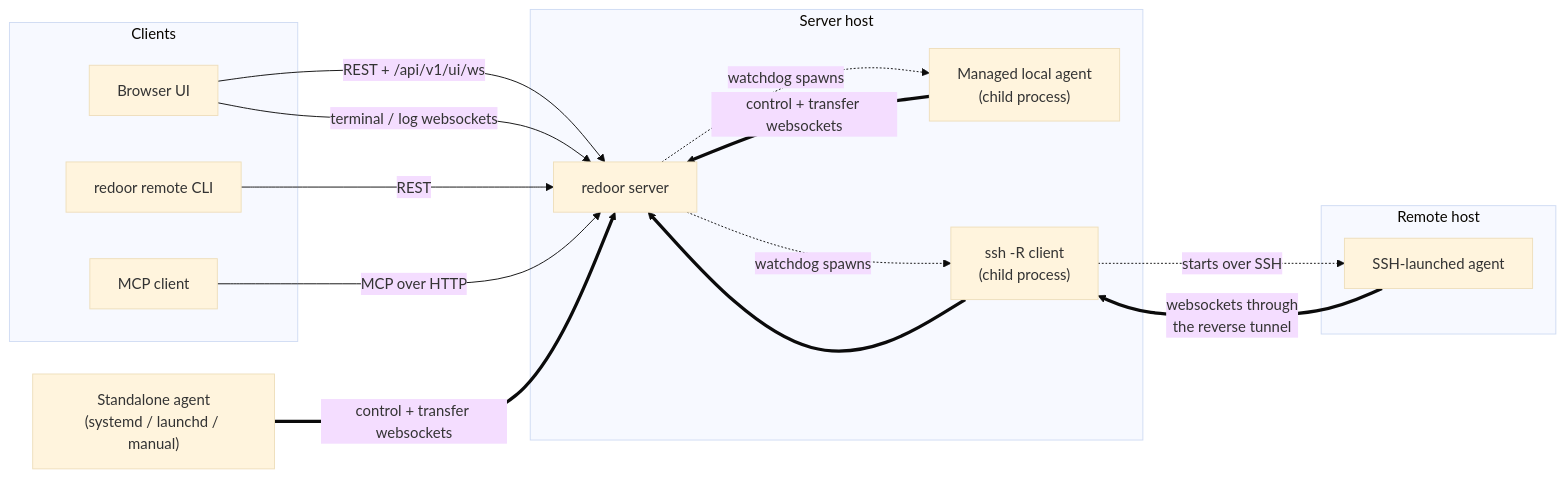
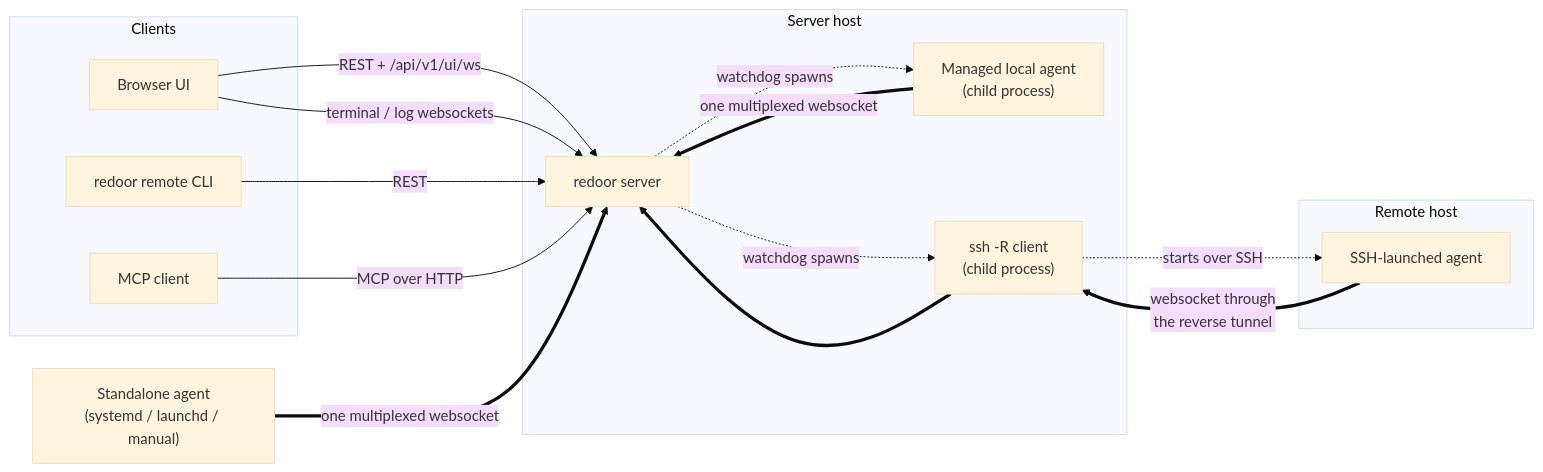
One commit to FruitieX/redoor changed the second of 10 diagrams in ARCHITECTURE.md. Above: the diagram before and after it, drawn with Mermaid (base theme). The commit also changed other lines of this file and 74 other files, not shown here.

First line of the commit message:
Carry every agent stream on one multiplexed connection

````diff
--- a/ARCHITECTURE.md
+++ b/ARCHITECTURE.md
@@ -153,34 +154,34 @@
 ```mermaid
 flowchart LR
     subgraph clients["Clients"]
         browser["Browser UI"]
         cli["redoor remote CLI"]
         mcp["MCP client"]
     end
 
     subgraph serverhost["Server host"]
         server["redoor server"]
         local["Managed local agent<br/>(child process)"]
         ssh["ssh -R client<br/>(child process)"]
     end
 
     subgraph remote["Remote host"]
         sshagent["SSH-launched agent"]
     end
 
     external["Standalone agent<br/>(systemd / launchd / manual)"]
 
     browser -->|"REST + /api/v1/ui/ws"| server
     browser -->|"terminal / log websockets"| server
     cli -->|"REST"| server
     mcp -->|"MCP over HTTP"| server
 
     server -.->|"watchdog spawns"| local
     server -.->|"watchdog spawns"| ssh
     ssh -.->|"starts over SSH"| sshagent
 
-    local ==>|"control + transfer websockets"| server
-    external ==>|"control + transfer websockets"| server
-    sshagent ==>|"websockets through<br/>the reverse tunnel"| ssh
+    local ==>|"one multiplexed websocket"| server
+    external ==>|"one multiplexed websocket"| server
+    sshagent ==>|"websocket through<br/>the reverse tunnel"| ssh
     ssh ==> server
 ```
````
